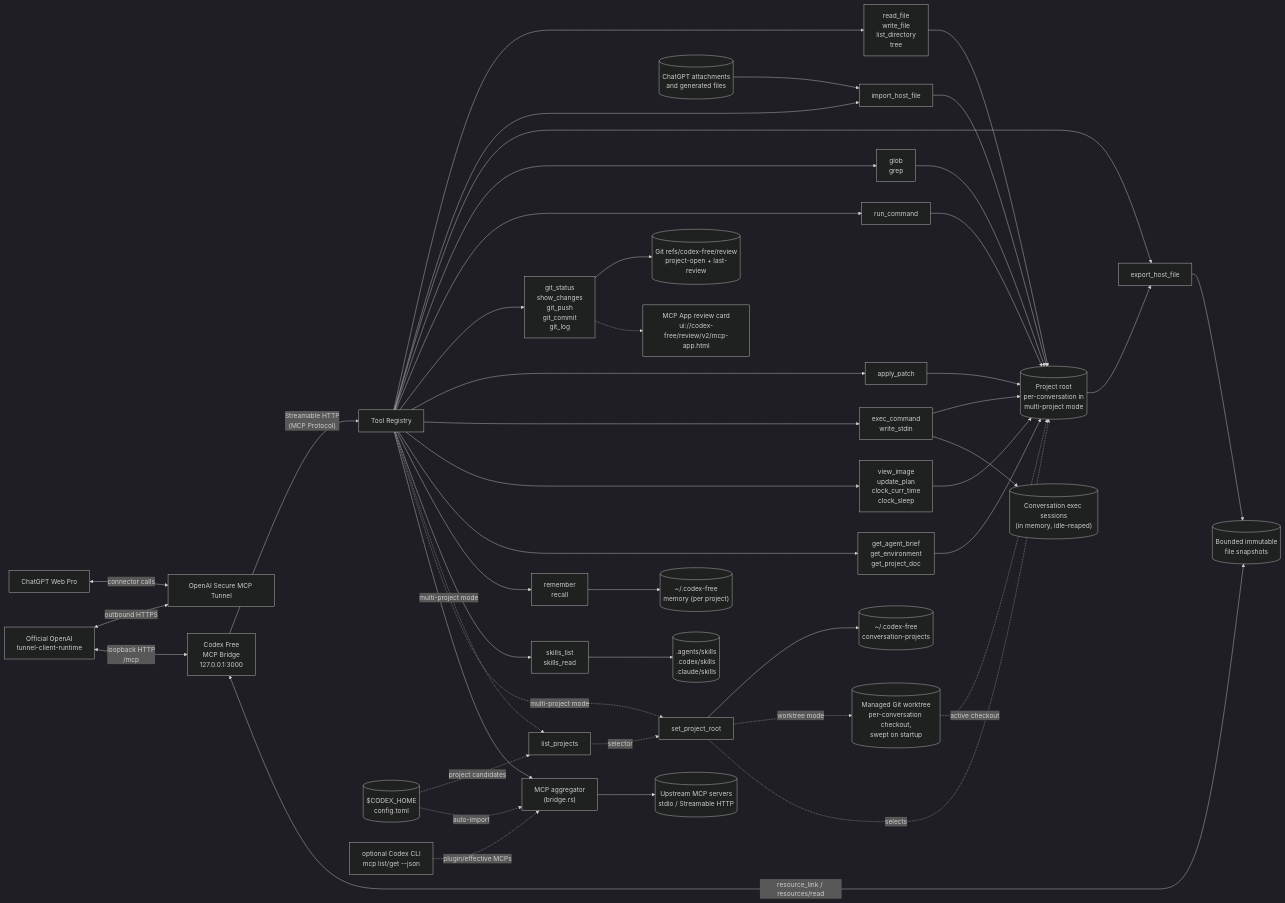
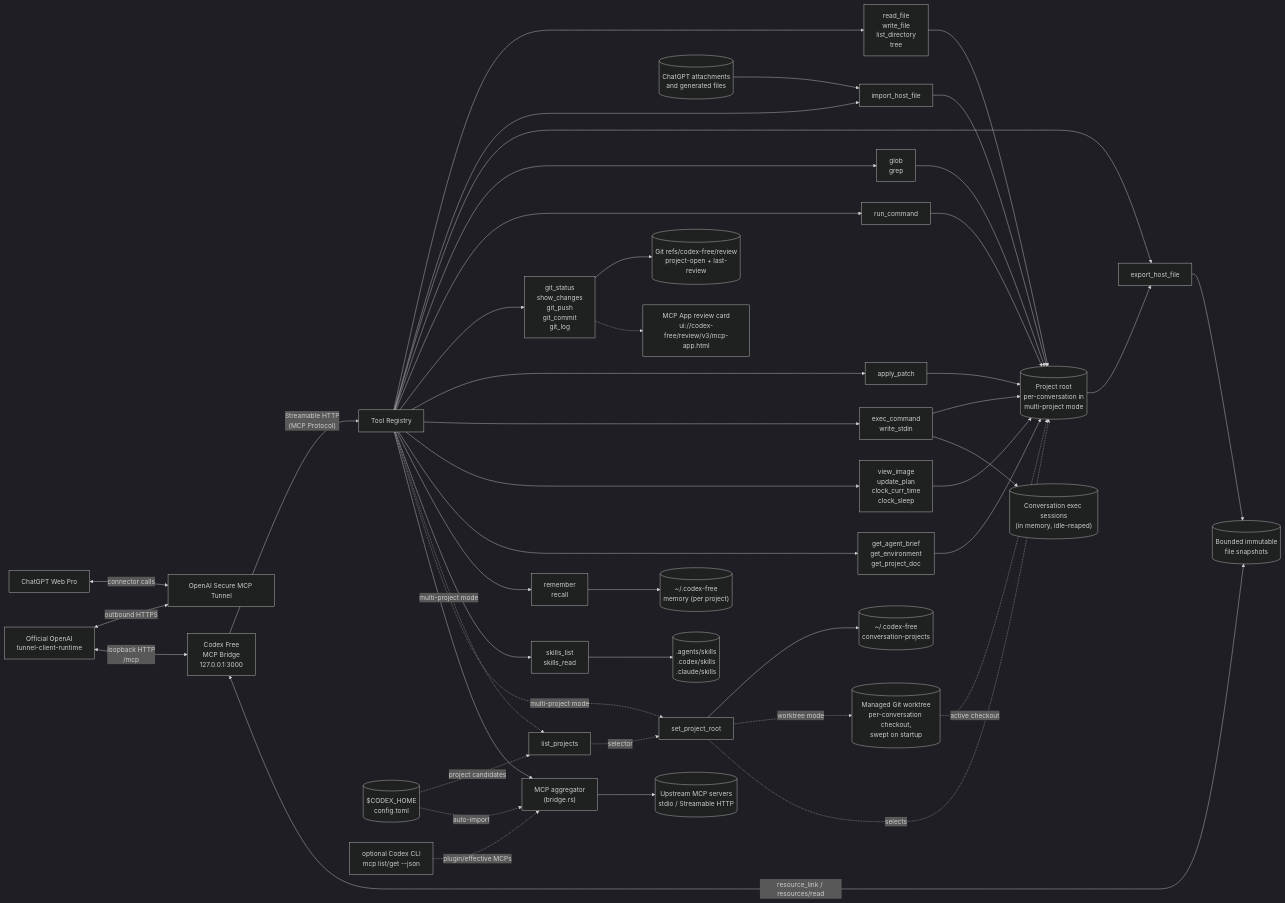
Before and after one commit to devnoname120/codex-free: the diagram in README.md, drawn with Mermaid (dark theme). The commit also changed other lines of this file and 5 other files, not shown here.

```diff
--- a/README.md
+++ b/README.md
@@ -45,7 +45,7 @@
     Worktree[("Managed Git worktree\nper-conversation checkout,\nswept on startup")]
     ExecSessions[("Conversation exec sessions\n(in memory, idle-reaped)")]
     ReviewRefs[("Git refs/codex-free/review\nproject-open + last-review")]
-    ReviewUI["MCP App review card\nui://codex-free/review/v2/mcp-app.html"]
+    ReviewUI["MCP App review card\nui://codex-free/review/v3/mcp-app.html"]
     SkillDirs[(".agents/skills\n.codex/skills\n.claude/skills")]
     CodexCfg[("$CODEX_HOME\nconfig.toml")]
     CodexCli["optional Codex CLI\nmcp list/get --json"]
```
